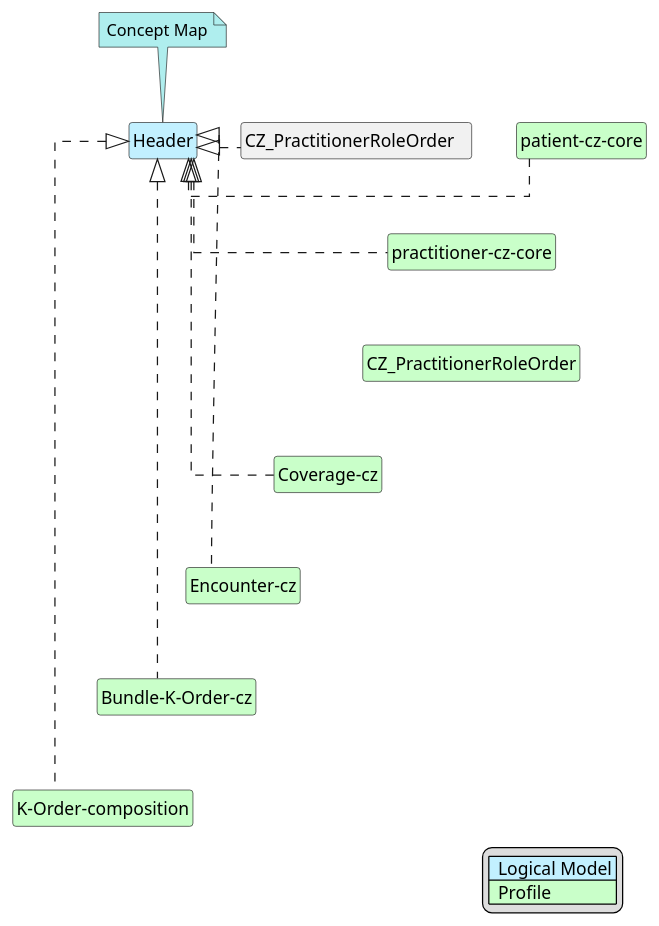
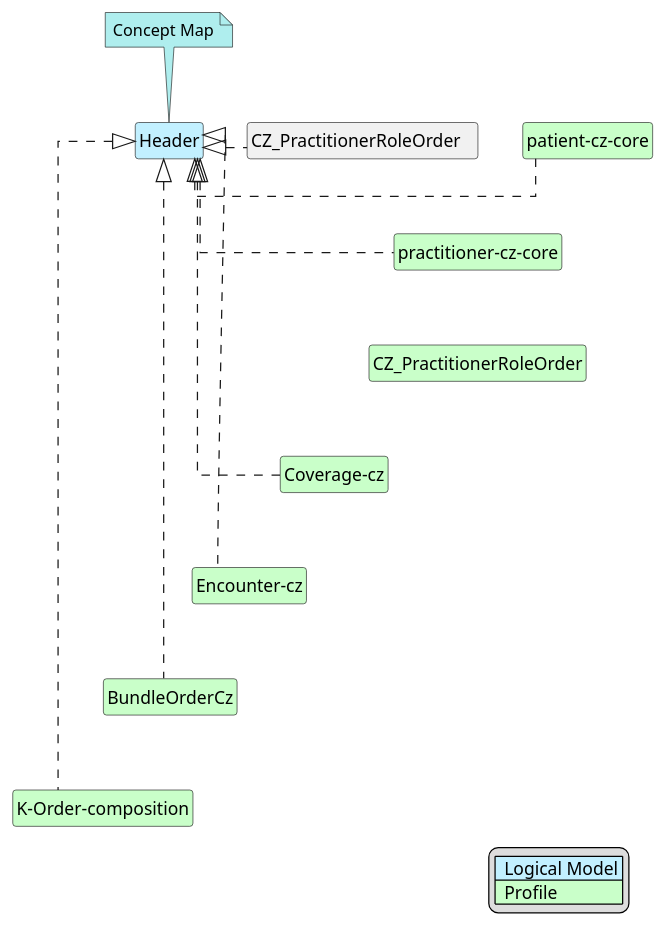
One commit to HL7-cz/k-order changed the diagram in input/images-source/Header-map.plantuml. Above: the diagram before and after it, drawn with PlantUML. The commit also changed 36 other files, not shown here.

```diff
--- a/input/images-source/Header-map.plantuml
+++ b/input/images-source/Header-map.plantuml
@@ -1,45 +1,45 @@
 @startuml 
 hide circle
 hide stereotype
 hide members
 hide methods
 skinparam linetype ortho
 skinparam class {
 BackgroundColor<<LogicalModel>> #APPLICATION
 BackgroundColor<<Profile>> #TECHNOLOGY
 }
 legend right
 | <#APPLICATION>  Logical Model |
 | <#TECHNOLOGY>  Profile |
 endlegend
 class "Header" <<LogicalModel>> [[StructureDefinition-LogCzHeaderKOrderCz.html]]
 note top #PaleTurquoise [[ConceptMap-KOrderHeader2FHIRcz-cz.html]]
 Concept Map
 endnote
 class "patient-cz-core" <<Profile>> [[https://hl7.cz/fhir/core/StructureDefinition/cz-patient-core.html]]
 "Header" <|. "patient-cz-core"
 
 class "practitioner-cz-core" <<Profile>> [[https://hl7.cz/fhir/core/StructureDefinition/cz-practitioner-core.html]]
 "Header" <|. "practitioner-cz-core"
 "patient-cz-core" -d[hidden]-> "practitioner-cz-core"
 
 class "CZ_PractitionerRoleOrder" <<Profile>> [[StructureDefinition-CZ_PractitionerRoleOrder.html]]
 "Header" <|. "CZ_PractitionerRoleOrder   "
 "practitioner-cz-core" -d[hidden]-> "CZ_PractitionerRoleOrder"
 
 class "Coverage-cz" <<Profile>> [[https://build.fhir.org/ig/HL7-cz/cz-core/StructureDefinition-cz-coverage.html]]
 "Header" <|. "Coverage-cz"
 "CZ_PractitionerRoleOrder" -d[hidden]-> "Coverage-cz"
 
 class "Encounter-cz" <<Profile>> [[https://build.fhir.org/ig/HL7-cz/cz-core/StructureDefinition-cz-encounter.html]]
 "Header" <|. "Encounter-cz"
 "Coverage-cz" -d[hidden]-> "Encounter-cz"
 
-class "Bundle-K-Order-cz" <<Profile>> [[StructureDefinition-BundleKOrderCz.html]]
-"Header" <|. "Bundle-K-Order-cz"
-"Encounter-cz" -d[hidden]-> "Bundle-K-Order-cz" 
+class "BundleOrderCz" <<Profile>> [[StructureDefinition-BundleOrderCz.html]]
+"Header" <|. "BundleOrderCz"
+"Encounter-cz" -d[hidden]-> "BundleOrderCz" 
 
 class "K-Order-composition" <<Profile>> [[StructureDefinition-KOrderCompositionCz.html]]
 "Header" <|. "K-Order-composition"
-"Bundle-K-Order-cz" -d[hidden]-> "K-Order-composition" 
+"BundleOrderCz" -d[hidden]-> "K-Order-composition" 
 @enduml
```
